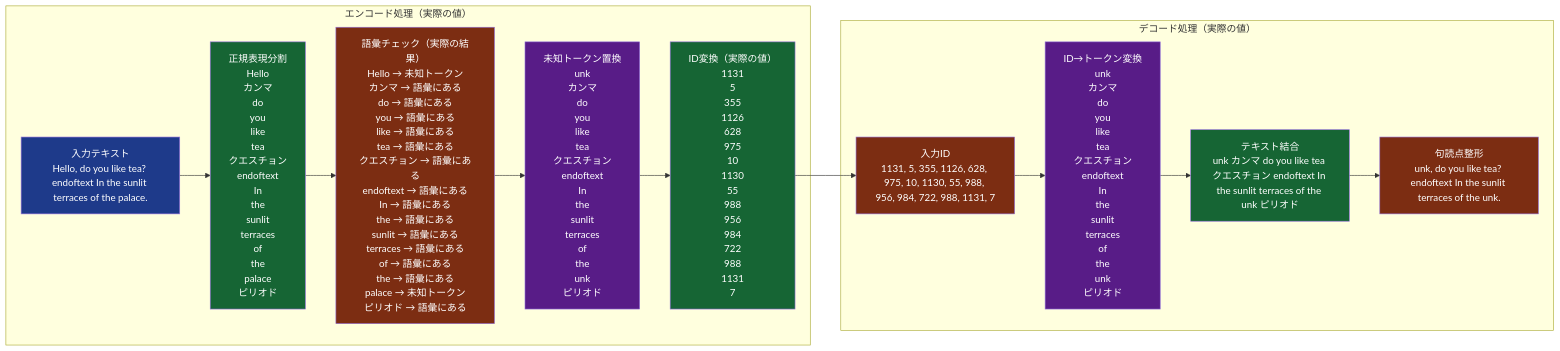
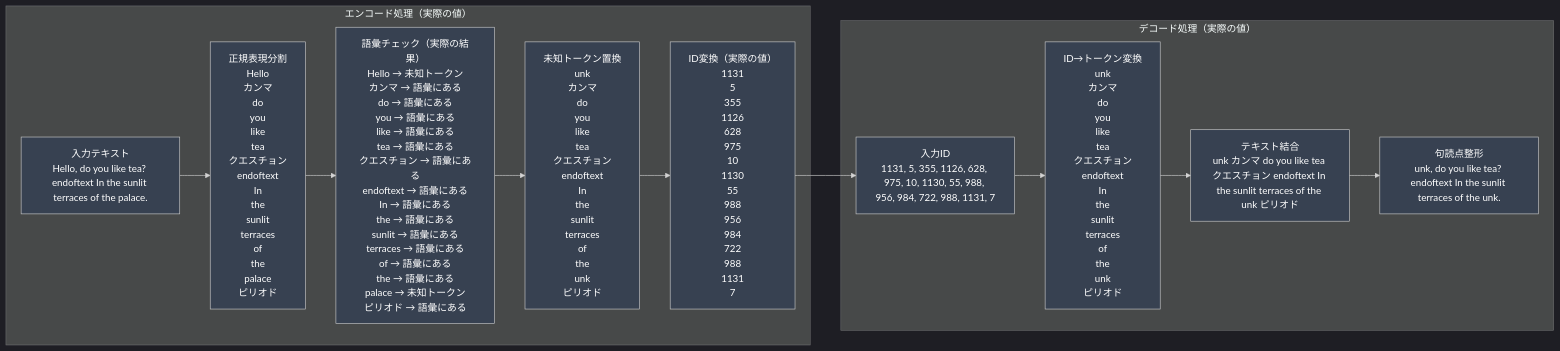
One commit to HayatoKudou/LLM-Tukuttemita changed the first of 2 diagrams in README.md. Above: the diagram before and after it, drawn with Mermaid. The commit also changed other lines of this file, not shown here.

````diff
--- a/README.md
+++ b/README.md
@@ -74,27 +74,28 @@
 ```mermaid
+%%{init: {'theme':'dark'}}%%
 graph LR
     subgraph "エンコード処理（実際の値）"
         A1["入力テキスト<br/>Hello, do you like tea? endoftext In the sunlit terraces of the palace."] --> A2["正規表現分割<br/>Hello<br/>カンマ<br/>do<br/>you<br/>like<br/>tea<br/>クエスチョン<br/>endoftext<br/>In<br/>the<br/>sunlit<br/>terraces<br/>of<br/>the<br/>palace<br/>ピリオド"]
         A2 --> A3["語彙チェック（実際の結果）<br/>Hello → 未知トークン<br/>カンマ → 語彙にある<br/>do → 語彙にある<br/>you → 語彙にある<br/>like → 語彙にある<br/>tea → 語彙にある<br/>クエスチョン → 語彙にある<br/>endoftext → 語彙にある<br/>In → 語彙にある<br/>the → 語彙にある<br/>sunlit → 語彙にある<br/>terraces → 語彙にある<br/>of → 語彙にある<br/>the → 語彙にある<br/>palace → 未知トークン<br/>ピリオド → 語彙にある"]
         A3 --> A4["未知トークン置換<br/>unk<br/>カンマ<br/>do<br/>you<br/>like<br/>tea<br/>クエスチョン<br/>endoftext<br/>In<br/>the<br/>sunlit<br/>terraces<br/>of<br/>the<br/>unk<br/>ピリオド"]
         A4 --> A5["ID変換（実際の値）<br/>1131<br/>5<br/>355<br/>1126<br/>628<br/>975<br/>10<br/>1130<br/>55<br/>988<br/>956<br/>984<br/>722<br/>988<br/>1131<br/>7"]
     end
     
     subgraph "デコード処理（実際の値）"
         B1["入力ID<br/>1131, 5, 355, 1126, 628, 975, 10, 1130, 55, 988, 956, 984, 722, 988, 1131, 7"] --> B2["ID→トークン変換<br/>unk<br/>カンマ<br/>do<br/>you<br/>like<br/>tea<br/>クエスチョン<br/>endoftext<br/>In<br/>the<br/>sunlit<br/>terraces<br/>of<br/>the<br/>unk<br/>ピリオド"]
         B2 --> B3["テキスト結合<br/>unk カンマ do you like tea クエスチョン endoftext In the sunlit terraces of the unk ピリオド"]
         B3 --> B4["句読点整形<br/>unk, do you like tea? endoftext In the sunlit terraces of the unk."]
     end
     
     A5 --> B1
     
-    style A1 fill:#1e3a8a,color:#ffffff
-    style A2 fill:#166534,color:#ffffff
-    style A3 fill:#7c2d12,color:#ffffff
-    style A4 fill:#581c87,color:#ffffff
-    style A5 fill:#166534,color:#ffffff
-    style B1 fill:#7c2d12,color:#ffffff
-    style B2 fill:#581c87,color:#ffffff
-    style B3 fill:#166534,color:#ffffff
-    style B4 fill:#7c2d12,color:#ffffff
+    style A1 fill:#374151,color:#ffffff
+    style A2 fill:#374151,color:#ffffff
+    style A3 fill:#374151,color:#ffffff
+    style A4 fill:#374151,color:#ffffff
+    style A5 fill:#374151,color:#ffffff
+    style B1 fill:#374151,color:#ffffff
+    style B2 fill:#374151,color:#ffffff
+    style B3 fill:#374151,color:#ffffff
+    style B4 fill:#374151,color:#ffffff
 ```
````
